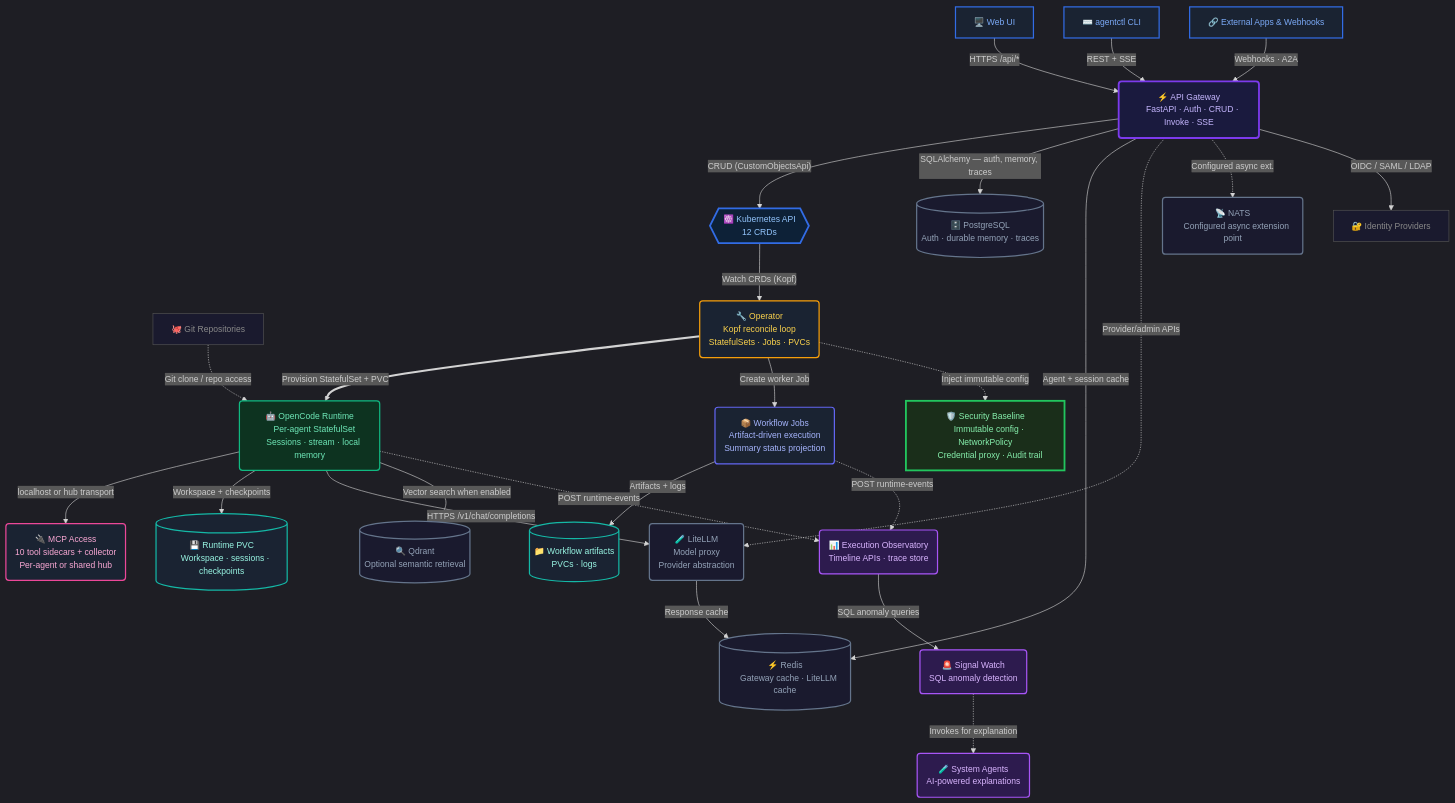
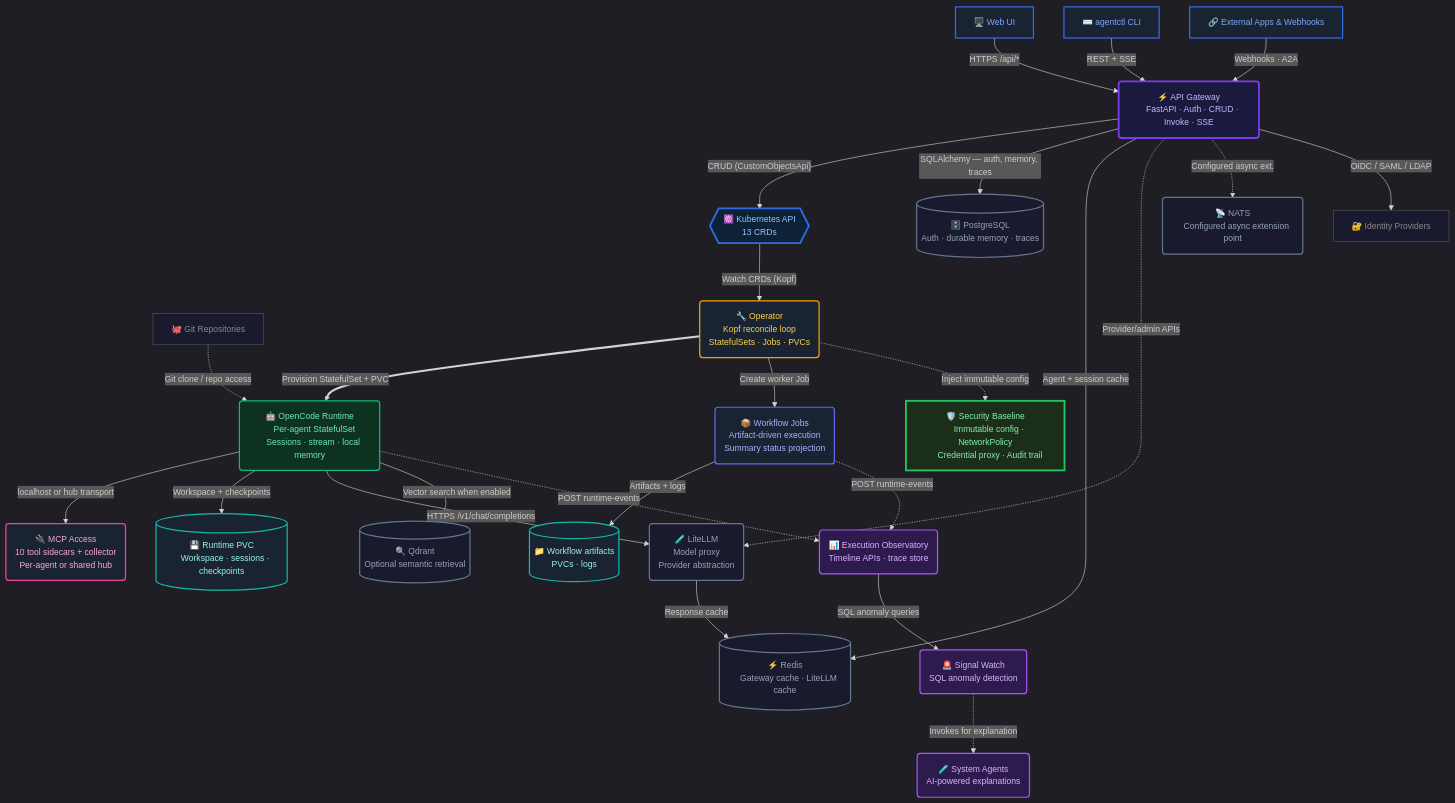
Before and after one commit to ykbytes/kubesynapse.ai: the diagram in docs/architecture-overview.md, drawn with Mermaid. The commit also changed other lines of this file and 19 other files, not shown here.

```diff
--- a/docs/architecture-overview.md
+++ b/docs/architecture-overview.md
@@ -31,7 +31,7 @@
     FastAPI · Auth · CRUD · Invoke · SSE"):::gateway
 
     K8S{{"☸️ Kubernetes API
-    12 CRDs"}}:::k8s
+    13 CRDs"}}:::k8s
 
     OP("🔧 Operator
     Kopf reconcile loop
```
